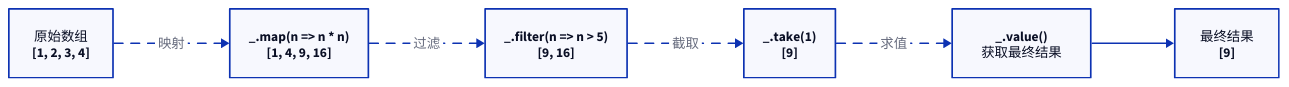
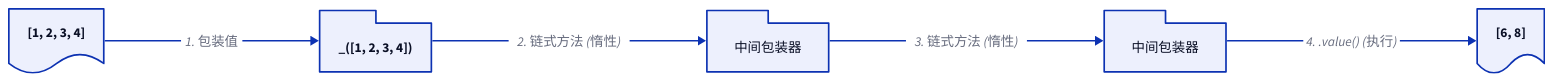
The diagram in .aigne/doc-smith/docs/api-seq.zh.md (lban2049/lodash), drawn with D2 before and after one commit. The commit also changed other lines of this file and 40 other files, not shown here.

````diff
--- a/.aigne/doc-smith/docs/api-seq.zh.md
+++ b/.aigne/doc-smith/docs/api-seq.zh.md
@@ -11,16 +15,34 @@
 ```d2
 direction: right
 
-A: "原始数组\n[1, 2, 3, 4]"
-B: "_.map(n => n * n)\n[1, 4, 9, 16]"
-C: "_.filter(n => n > 5)\n[9, 16]"
-D: "_.take(1)\n[9]"
-E: "_.value()\n获取最终结果"
-F: "最终结果\n[9]"
+"初始数组" { 
+  shape: document
+  label: "[1, 2, 3, 4]"
+}
 
-A -> B: "映射" { style.animated: true }
-B -> C: "过滤" { style.animated: true }
-C -> D: "截取" { style.animated: true }
-D -> E: "求值" { style.animated: true }
-E -> F
+"已包装" {
+  shape: package
+  label: "_([1, 2, 3, 4])"
+}
+
+"map(n => n * 2)" {
+  shape: package
+  label: "中间包装器"
+}
+
+"filter(n => n > 4)" {
+  shape: package
+  label: "中间包装器"
+}
+
+"结果" {
+  shape: document
+  label: "[6, 8]"
+}
+
+"初始数组" -> "已包装": "1. 包装值"
+"已包装" -> "map(n => n * 2)": "2. 链式方法 (惰性)"
+"map(n => n * 2)" -> "filter(n => n > 4)": "3. 链式方法 (惰性)"
+"filter(n => n > 4)" -> "结果": "4. .value() (执行)"
+
 ```
````
